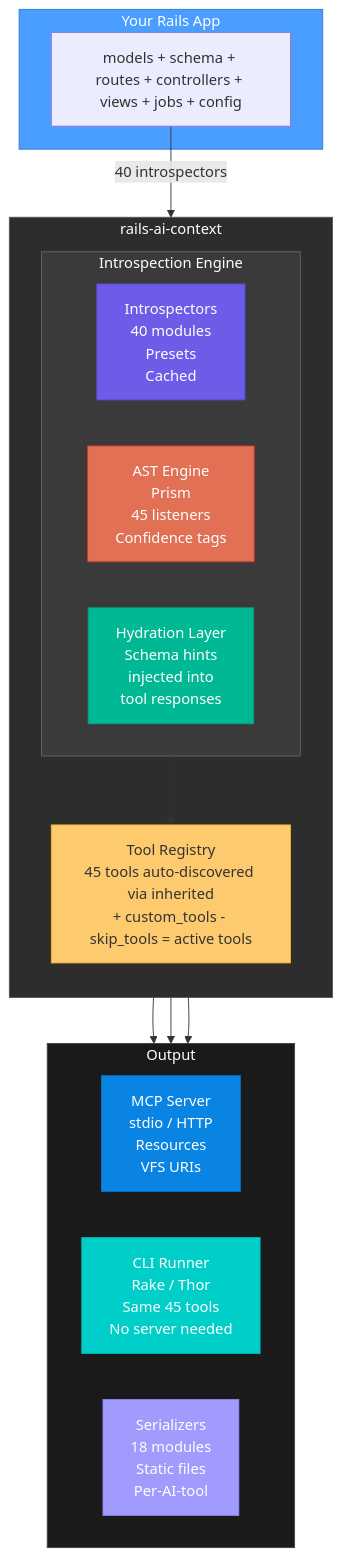
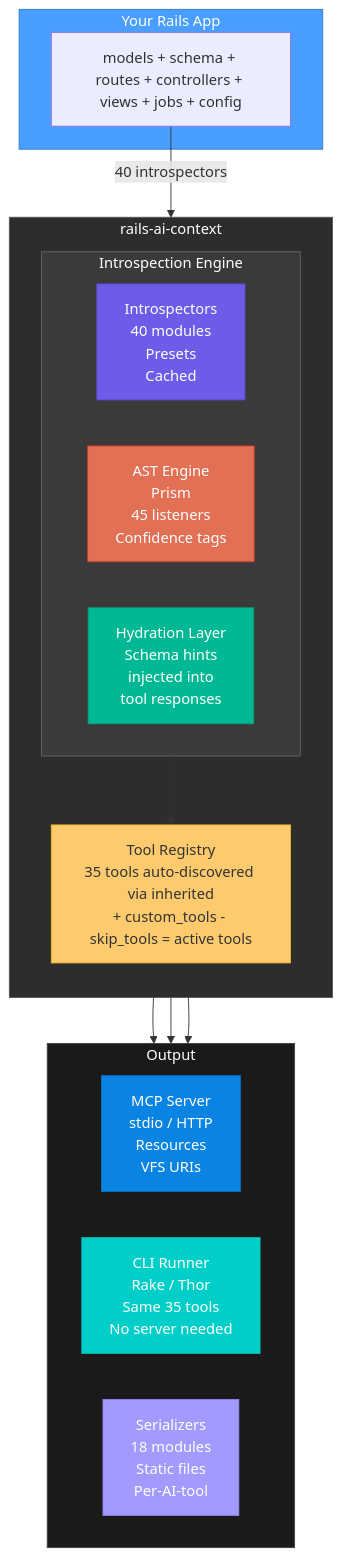
One commit to crisnahine/rails-ai-context changed the first of 3 diagrams in docs/ARCHITECTURE.md. Above: the diagram before and after it, drawn with Mermaid. The commit also changed other lines of this file and 264 other files, not shown here.

````diff
--- a/docs/ARCHITECTURE.md
+++ b/docs/ARCHITECTURE.md
@@ -15,44 +15,44 @@
 ```mermaid
 graph TD
     subgraph app["Your Rails App"]
         A["models + schema + routes + controllers + views + jobs + config"]
     end
 
     A -->|"40 introspectors"| gem
 
     subgraph gem["rails-ai-context"]
         direction TB
 
         subgraph engine["Introspection Engine"]
             direction LR
             I["Introspectors\n40 modules\nPresets\nCached"]
             AST["AST Engine\nPrism\n45 listeners\nConfidence tags"]
             H["Hydration Layer\nSchema hints\ninjected into\ntool responses"]
         end
 
-        engine --> R["Tool Registry\n45 tools auto-discovered via inherited\n+ custom_tools - skip_tools = active tools"]
+        engine --> R["Tool Registry\n35 tools auto-discovered via inherited\n+ custom_tools - skip_tools = active tools"]
     end
 
     R --> MCP
     R --> CLI
     R --> S
 
     subgraph outputs["Output"]
         direction LR
         MCP["MCP Server\nstdio / HTTP\nResources\nVFS URIs"]
-        CLI["CLI Runner\nRake / Thor\nSame 45 tools\nNo server needed"]
+        CLI["CLI Runner\nRake / Thor\nSame 35 tools\nNo server needed"]
         S["Serializers\n18 modules\nStatic files\nPer-AI-tool"]
     end
 
     style app fill:#4a9eff,stroke:#2d7ad4,color:#fff
     style gem fill:#2d2d2d,stroke:#555,color:#fff
     style engine fill:#3a3a3a,stroke:#666,color:#fff
     style outputs fill:#1a1a1a,stroke:#444,color:#fff
     style I fill:#6c5ce7,stroke:#5a4bd1,color:#fff
     style AST fill:#e17055,stroke:#c0392b,color:#fff
     style H fill:#00b894,stroke:#00a381,color:#fff
     style R fill:#fdcb6e,stroke:#f0b429,color:#333
     style MCP fill:#0984e3,stroke:#0770c2,color:#fff
     style CLI fill:#00cec9,stroke:#00b5b0,color:#fff
     style S fill:#a29bfe,stroke:#8c83f0,color:#fff
 ```
````
